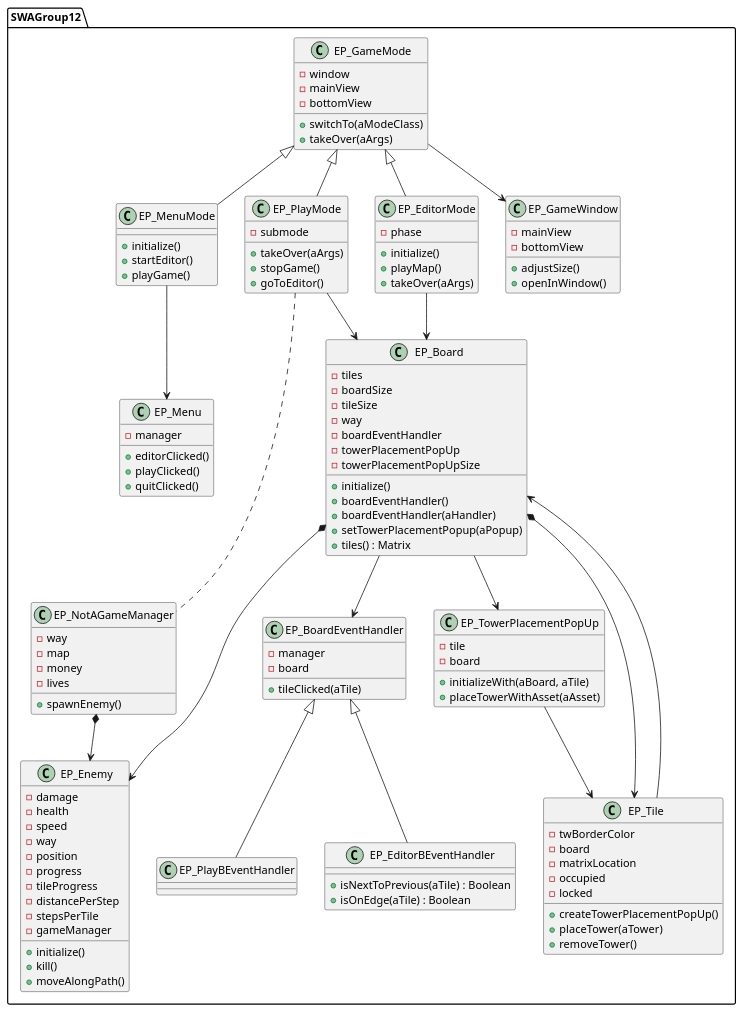
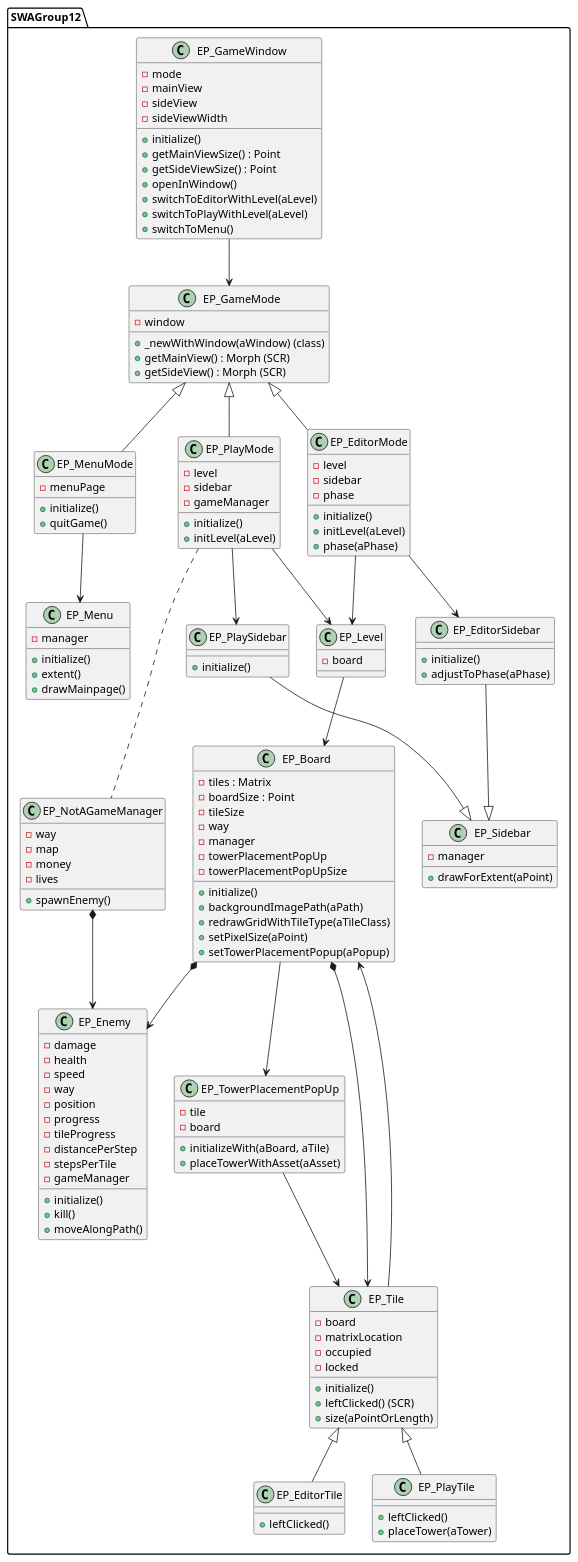
One commit to tobiashornbogen/swa_misc changed the diagram in diagram.puml. Above: the diagram before and after it, drawn with PlantUML. The commit also changed 2 other files, not shown here.

Commit message:
:building_construction: Simplified architecture (#1)

```diff
--- a/diagram.puml
+++ b/diagram.puml
@@ -1,139 +1,170 @@
 @startuml
 
 package SWAGroup12 {
 
 
     class EP_Board {
-        -tiles
-        -boardSize
+        -tiles : Matrix
+        -boardSize : Point
         -tileSize
         -way
-        -boardEventHandler
+        -manager
         -towerPlacementPopUp
         -towerPlacementPopUpSize
         +initialize()
-        +boardEventHandler()
-        +boardEventHandler(aHandler)
+        +backgroundImagePath(aPath)
+        +redrawGridWithTileType(aTileClass)
+        +setPixelSize(aPoint)
         +setTowerPlacementPopup(aPopup)
-        +tiles() : Matrix
     }
 
     class EP_Tile {
-        -twBorderColor
         -board
         -matrixLocation
         -occupied
         -locked
-        +createTowerPlacementPopUp()
+        +initialize()
+        +leftClicked() (SCR)
+        +size(aPointOrLength)
+    }
+
+    class EP_EditorTile {
+        +leftClicked()
+    }
+    class EP_PlayTile {
+        +leftClicked()
         +placeTower(aTower)
-        +removeTower()
     }
 
     class EP_Enemy {
         -damage
         -health
         -speed
         -way
         -position
         -progress
         -tileProgress
         -distancePerStep
         -stepsPerTile
         -gameManager
         +initialize()
         +kill()
         +moveAlongPath()
     }
 
-    class EP_BoardEventHandler {
-        -manager
-        -board
-        +tileClicked(aTile)
-    }
-
-    class EP_EditorBEventHandler {
-        +isNextToPrevious(aTile) : Boolean
-        +isOnEdge(aTile) : Boolean
-    }
-
-    class EP_PlayBEventHandler {
-    }
-
     class EP_TowerPlacementPopUp {
         -tile
         -board
         +initializeWith(aBoard, aTile)
         +placeTowerWithAsset(aAsset)
     }
 
     class EP_GameMode {
         -window
+        +_newWithWindow(aWindow) (class)
+        +getMainView() : Morph (SCR)
+        +getSideView() : Morph (SCR)
+    }
+
+    class EP_MenuMode {
+        -menuPage
+        +initialize()
+        +quitGame()
+    }
+
+    class EP_PlayMode {
+        -level
+        -sidebar
+        -gameManager
+        +initialize()
+        +initLevel(aLevel)
+    }
+
+    class EP_EditorMode {
+        -level
+        -sidebar
+        -phase
+        +initialize()
+        +initLevel(aLevel)
+        +phase(aPhase)
+    }
+
+    class EP_Sidebar {
+        -manager
+        +drawForExtent(aPoint)
+    }
+
+    class EP_EditorSidebar {
+        +initialize()
+        +adjustToPhase(aPhase)
+    }
+
+    class EP_PlaySidebar {
+        +initialize()
+    }
+
+    class EP_GameWindow {
+        -mode
         -mainView
-        -bottomView
-        +switchTo(aModeClass)
-        +takeOver(aArgs)
+        -sideView
+        -sideViewWidth
+        +initialize()
+        +getMainViewSize() : Point
+        +getSideViewSize() : Point
+        +openInWindow()
+        +switchToEditorWithLevel(aLevel)
+        +switchToPlayWithLevel(aLevel)
+        +switchToMenu()
     }
 
     class EP_Menu {
         -manager
-        +editorClicked()
-        +playClicked()
-        +quitClicked()
-    }
-
-    class EP_MenuMode {
         +initialize()
-        +startEditor()
-        +playGame()
-    }
-
-    class EP_PlayMode {
-        -submode
-        +takeOver(aArgs)
-        +stopGame()
-        +goToEditor()
-    }
-
-    class EP_EditorMode {
-        -phase
-        +initialize()
-        +playMap()
-        +takeOver(aArgs)
-    }
-
-    class EP_GameWindow {
-        -mainView
-        -bottomView
-        +adjustSize()
-        +openInWindow()
+        +extent()
+        +drawMainpage()
     }
 
     class EP_NotAGameManager {
         -way
         -map
         -money
         -lives
         +spawnEnemy()
     }
 
+    class EP_Level {
+        -board
+    }
+
+
+    EP_GameWindow --> EP_GameMode
+
     EP_Board *--> EP_Tile
-    EP_Board --> EP_BoardEventHandler
-    EP_BoardEventHandler <|-- EP_EditorBEventHandler
-    EP_BoardEventHandler <|-- EP_PlayBEventHandler
     EP_Board *--> EP_Enemy
     EP_Board --> EP_TowerPlacementPopUp
+
     EP_GameMode <|-- EP_MenuMode
     EP_GameMode <|-- EP_EditorMode
     EP_GameMode <|-- EP_PlayMode
+
     EP_MenuMode --> EP_Menu
-    EP_GameMode --> EP_GameWindow
-    EP_PlayMode --> EP_Board
-    EP_EditorMode --> EP_Board
+    
+    EP_PlayMode --> EP_Level
+    EP_PlayMode --> EP_PlaySidebar
+    EP_EditorMode --> EP_Level
+    EP_EditorMode --> EP_EditorSidebar
+    EP_Level --> EP_Board
+
     EP_PlayMode ... EP_NotAGameManager
     EP_NotAGameManager *--> EP_Enemy
     EP_TowerPlacementPopUp --> EP_Tile
+    
     EP_Tile --> EP_Board
+    EP_Tile <|-- EP_PlayTile
+    EP_Tile <|-- EP_EditorTile
 
+    EP_EditorSidebar --|> EP_Sidebar 
+    EP_PlaySidebar --|> EP_Sidebar
 }
 
 @enduml
```
